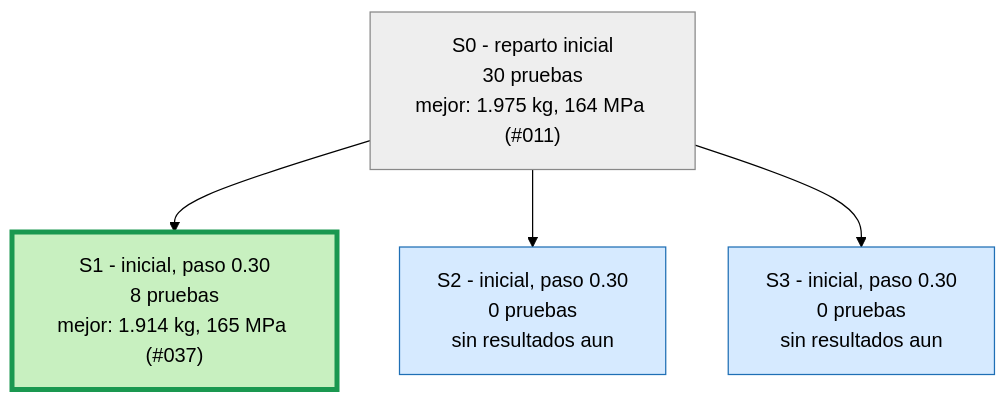
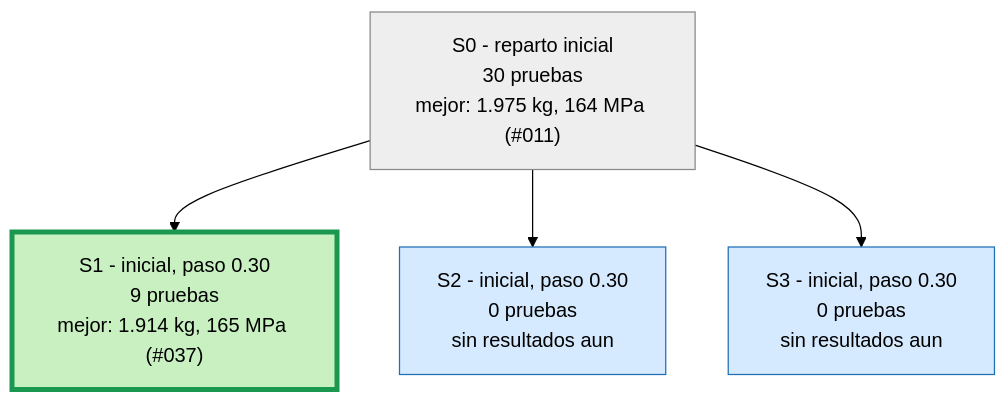
Before and after one commit to Hugiko/msd-soporte-optimizacion: the first of 4 diagrams in runs/opt_37800N/ARBOL.md, drawn with Mermaid (forest theme). The commit also changed 20 other files, not shown here.

````diff
--- a/runs/opt_37800N/ARBOL.md
+++ b/runs/opt_37800N/ARBOL.md
@@ -9,13 +9,13 @@
 ```mermaid
 graph TD
 classDef activa fill:#d6eaff,stroke:#1f6fb5,color:#000
 classDef fin fill:#eeeeee,stroke:#888,color:#000
 classDef mejor fill:#c8f0c0,stroke:#1a9850,stroke-width:4px,color:#000
 S0["S0 - reparto inicial<br/>30 pruebas<br/>mejor: 1.975 kg, 164 MPa (#011)"]:::fin
-S1["S1 - inicial, paso 0.30<br/>8 pruebas<br/>mejor: 1.914 kg, 165 MPa (#037)"]:::mejor
+S1["S1 - inicial, paso 0.30<br/>9 pruebas<br/>mejor: 1.914 kg, 165 MPa (#037)"]:::mejor
 S0 --> S1
 S2["S2 - inicial, paso 0.30<br/>0 pruebas<br/>sin resultados aun"]:::activa
 S0 --> S2
 S3["S3 - inicial, paso 0.30<br/>0 pruebas<br/>sin resultados aun"]:::activa
 S0 --> S3
 ```
````
